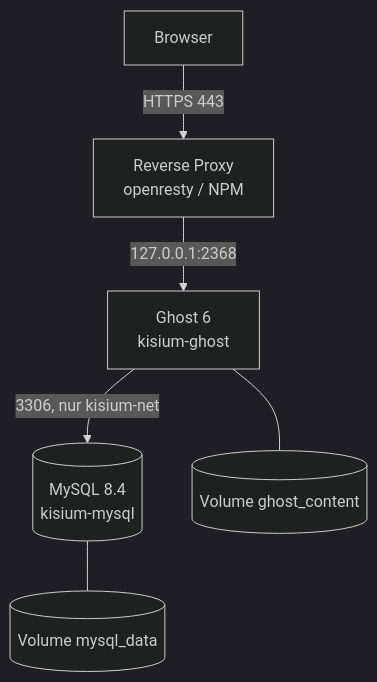
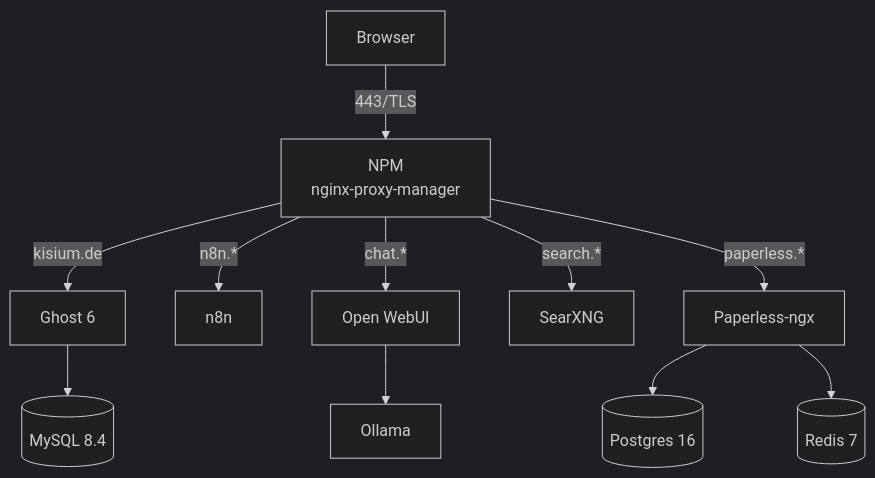
The diagram in README.md (tobias-peine/homelab), drawn with Mermaid (dark theme) before and after one commit. The commit also changed other lines of this file, not shown here.

````diff
--- a/README.md
+++ b/README.md
@@ -12,8 +12,13 @@
 ```mermaid
 flowchart TB
-    U[Browser] -->|HTTPS 443| P[Reverse Proxy<br/>openresty / NPM]
-    P -->|127.0.0.1:2368| G[Ghost 6<br/>kisium-ghost]
-    G -->|3306, nur kisium-net| D[(MySQL 8.4<br/>kisium-mysql)]
-    G --- V1[(Volume ghost_content)]
-    D --- V2[(Volume mysql_data)]
+    U[Browser] -->|"443/TLS"| NPM["NPM<br/>nginx-proxy-manager"]
+    NPM -->|"kisium.de"| G["Ghost 6"]
+    NPM -->|"n8n.*"| N8N["n8n"]
+    NPM -->|"chat.*"| OWUI["Open WebUI"]
+    NPM -->|"search.*"| SX["SearXNG"]
+    NPM -->|"paperless.*"| PL["Paperless-ngx"]
+    G --> MYSQL[(MySQL 8.4)]
+    PL --> PG[(Postgres 16)]
+    PL --> R[(Redis 7)]
+    OWUI --> OL["Ollama"]
 ```
````
